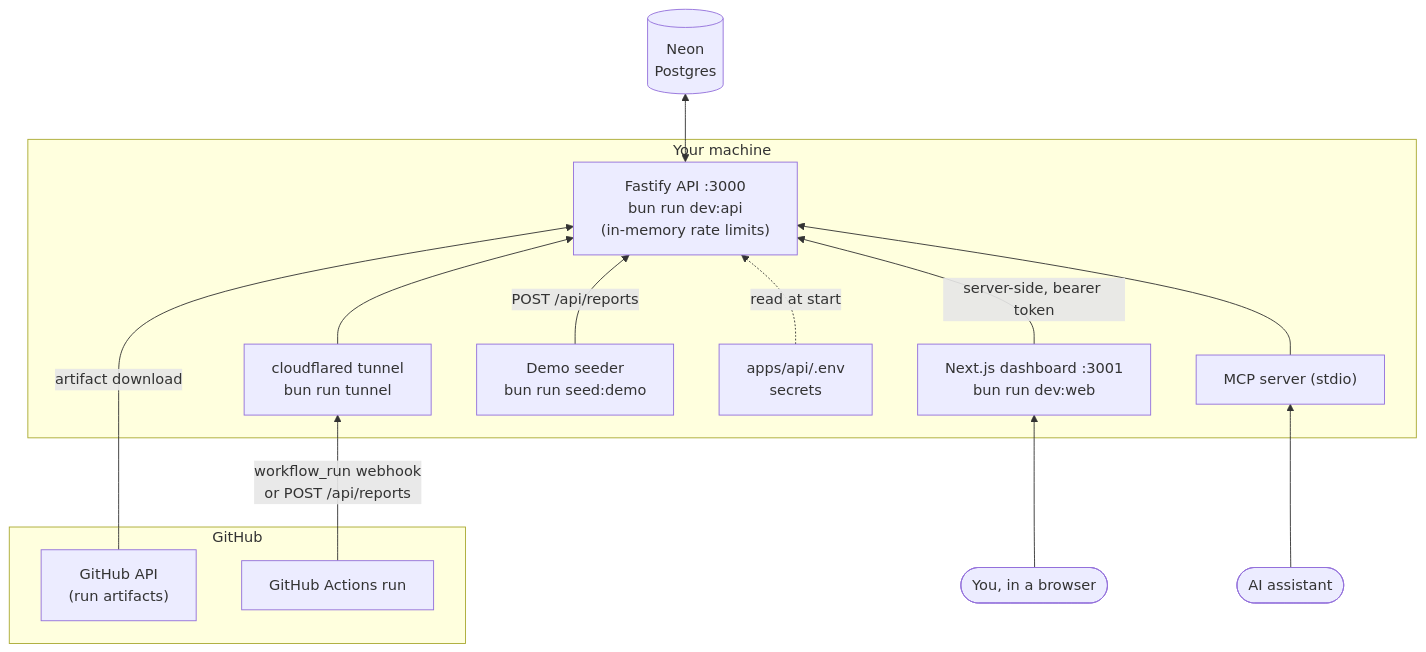
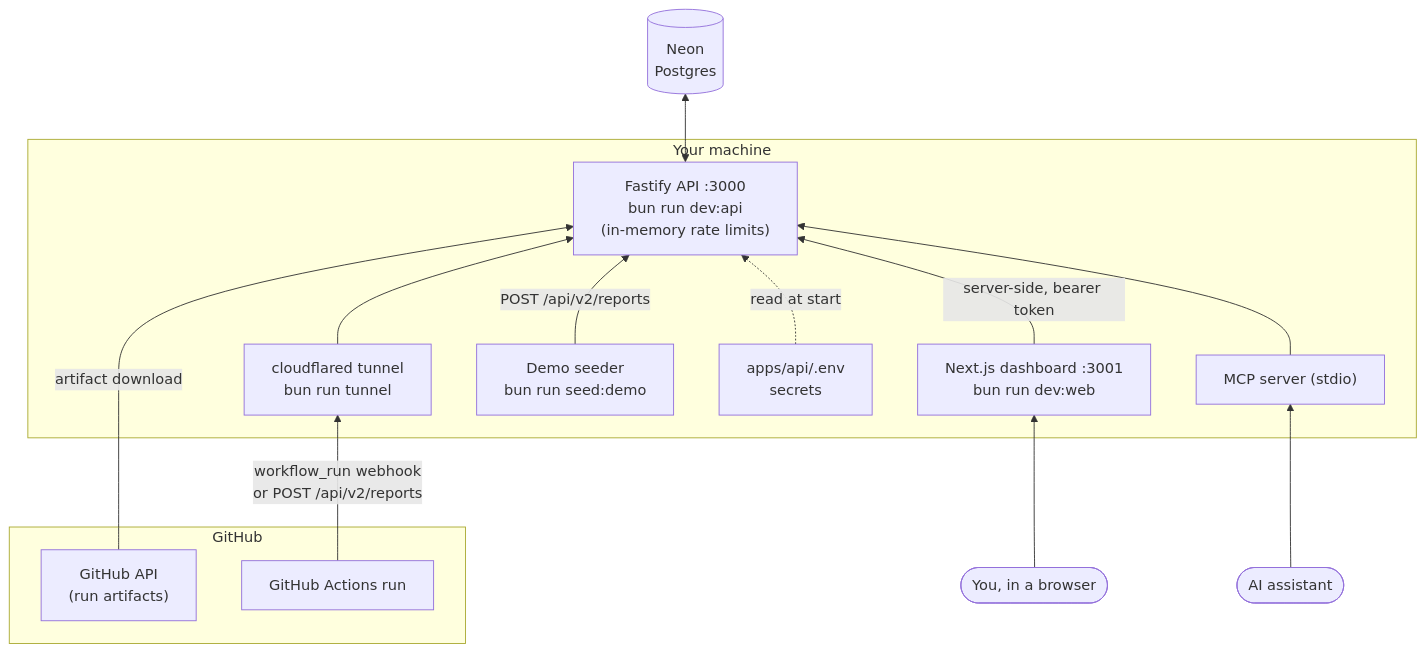
Before and after one commit to glennmcd/flakehunter: the second of 2 diagrams in README.md, drawn with Mermaid. The commit also changed other lines of this file and 67 other files, not shown here.

````diff
--- a/README.md
+++ b/README.md
@@ -61,31 +61,31 @@
 ```mermaid
 flowchart BT
   subgraph Machine["Your machine"]
     T["cloudflared tunnel<br/>bun run tunnel"]
     API["Fastify API :3000<br/>bun run dev:api<br/>(in-memory rate limits)"]
     ENV["apps/api/.env<br/>secrets"]
     WEB["Next.js dashboard :3001<br/>bun run dev:web"]
     SEED["Demo seeder<br/>bun run seed:demo"]
     MCP["MCP server (stdio)"]
   end
 
   subgraph GitHub
     GA["GitHub Actions run"]
     GHAPI["GitHub API<br/>(run artifacts)"]
   end
 
   DB[("Neon<br/>Postgres")]
   U(["You, in a browser"])
   AI(["AI assistant"])
 
-  GA -- "workflow_run webhook<br/>or POST /api/reports" --> T
+  GA -- "workflow_run webhook<br/>or POST /api/v2/reports" --> T
   GHAPI -- "artifact download" --> API
   T --> API
-  SEED -- "POST /api/reports" --> API
+  SEED -- "POST /api/v2/reports" --> API
   ENV -. "read at start" .-> API
   API <--> DB
   U --> WEB
   WEB -- "server-side, bearer token" --> API
   AI --> MCP
   MCP --> API
 ```
````
